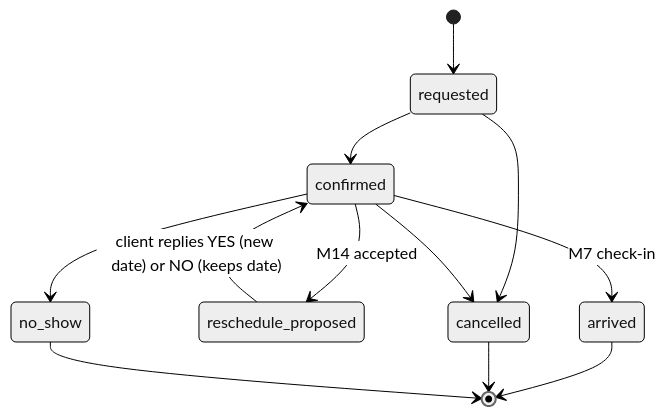
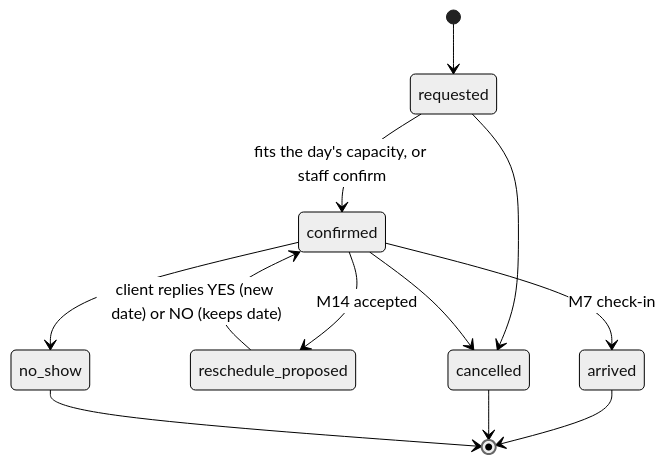
Before and after one commit to andrianllmm/hack-iloilo: the fifth of 6 diagrams in TRD.md, drawn with Mermaid (neutral theme). The commit also changed other lines of this file and 1 other file, not shown here.

````diff
--- a/TRD.md
+++ b/TRD.md
@@ -497,14 +515,14 @@
 ```mermaid
 stateDiagram-v2
   [*] --> requested
-  requested --> confirmed
+  requested --> confirmed: fits the day's capacity, or staff confirm
   requested --> cancelled
   confirmed --> reschedule_proposed: M14 accepted
   reschedule_proposed --> confirmed: client replies YES (new date) or NO (keeps date)
   confirmed --> arrived: M7 check-in
   confirmed --> cancelled
   confirmed --> no_show
   arrived --> [*]
   cancelled --> [*]
   no_show --> [*]
 ```
````
